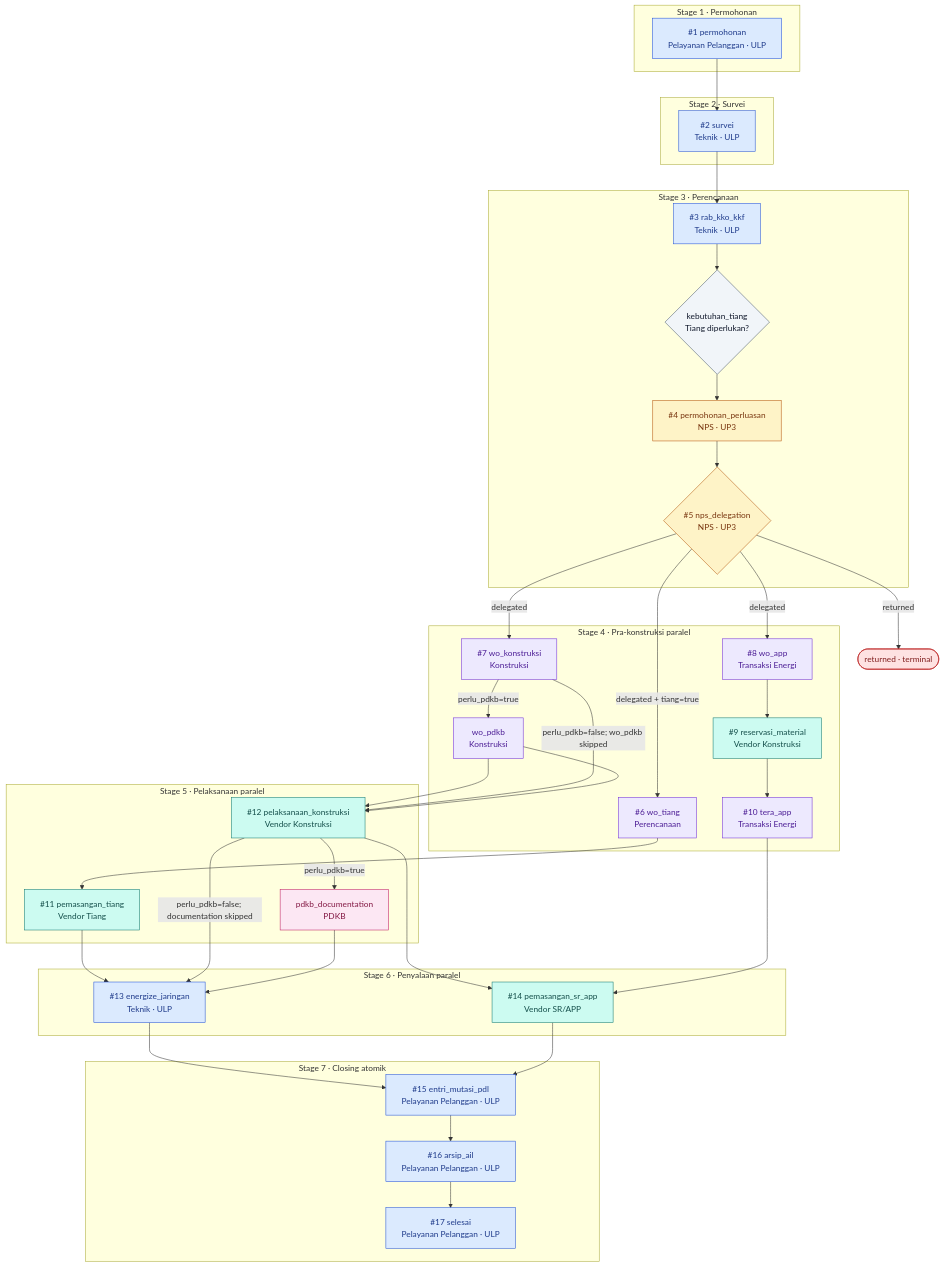
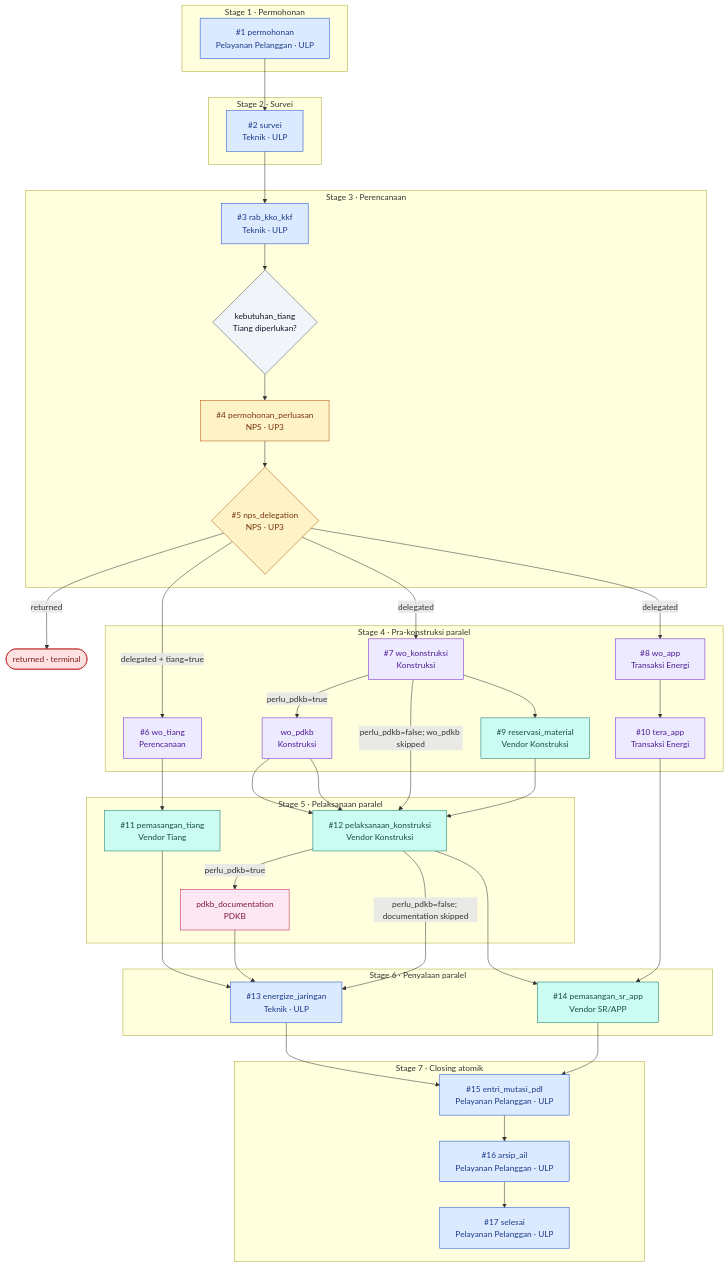
Before and after one commit to pln-colabora/colabora-be: the diagram in docs/architecture/diagrams/01-workflow-jtr-jtm.md, drawn with Mermaid. The commit also changed 14 other files, not shown here.

````diff
--- a/docs/architecture/diagrams/01-workflow-jtr-jtm.md
+++ b/docs/architecture/diagrams/01-workflow-jtr-jtm.md
@@ -9,75 +9,76 @@
 ```mermaid
 flowchart TD
   classDef ulp fill:#dbeafe,stroke:#1d4ed8,color:#1e3a8a
   classDef up3 fill:#ede9fe,stroke:#6d28d9,color:#4c1d95
   classDef nps fill:#fef3c7,stroke:#b45309,color:#78350f
   classDef vendor fill:#ccfbf1,stroke:#0f766e,color:#134e4a
   classDef pdkb fill:#fce7f3,stroke:#be185d,color:#831843
   classDef decision fill:#f1f5f9,stroke:#475569,color:#0f172a
   classDef terminal fill:#fee2e2,stroke:#b91c1c,color:#7f1d1d
 
   subgraph S1["Stage 1 · Permohonan"]
     permohonan["#1 permohonan<br/>Pelayanan Pelanggan · ULP"]
   end
   subgraph S2["Stage 2 · Survei"]
     survei["#2 survei<br/>Teknik · ULP"]
   end
   subgraph S3["Stage 3 · Perencanaan"]
     rab_kko_kkf["#3 rab_kko_kkf<br/>Teknik · ULP"]
     kebutuhan_tiang{"kebutuhan_tiang<br/>Tiang diperlukan?"}
     permohonan_perluasan["#4 permohonan_perluasan<br/>NPS · UP3"]
     nps_delegation{"#5 nps_delegation<br/>NPS · UP3"}
   end
   subgraph S4["Stage 4 · Pra-konstruksi paralel"]
     wo_tiang["#6 wo_tiang<br/>Perencanaan"]
     wo_konstruksi["#7 wo_konstruksi<br/>Konstruksi"]
     wo_pdkb["wo_pdkb<br/>Konstruksi"]
     wo_app["#8 wo_app<br/>Transaksi Energi"]
     reservasi_material["#9 reservasi_material<br/>Vendor Konstruksi"]
     tera_app["#10 tera_app<br/>Transaksi Energi"]
   end
   subgraph S5["Stage 5 · Pelaksanaan paralel"]
     pemasangan_tiang["#11 pemasangan_tiang<br/>Vendor Tiang"]
     pelaksanaan_konstruksi["#12 pelaksanaan_konstruksi<br/>Vendor Konstruksi"]
     pdkb_documentation["pdkb_documentation<br/>PDKB"]
   end
   subgraph S6["Stage 6 · Penyalaan paralel"]
     energize_jaringan["#13 energize_jaringan<br/>Teknik · ULP"]
     pemasangan_sr_app["#14 pemasangan_sr_app<br/>Vendor SR/APP"]
   end
   subgraph S7["Stage 7 · Closing atomik"]
     entri_mutasi_pdl["#15 entri_mutasi_pdl<br/>Pelayanan Pelanggan · ULP"]
     arsip_ail["#16 arsip_ail<br/>Pelayanan Pelanggan · ULP"]
     selesai["#17 selesai<br/>Pelayanan Pelanggan · ULP"]
   end
   returned(["returned · terminal"])
 
   permohonan --> survei --> rab_kko_kkf --> kebutuhan_tiang --> permohonan_perluasan --> nps_delegation
   nps_delegation -->|returned| returned
   nps_delegation -->|delegated + tiang=true| wo_tiang
   nps_delegation -->|delegated| wo_konstruksi
   nps_delegation -->|delegated| wo_app
   wo_tiang --> pemasangan_tiang
   wo_konstruksi -->|perlu_pdkb=true| wo_pdkb --> pelaksanaan_konstruksi
   wo_konstruksi -->|perlu_pdkb=false; wo_pdkb skipped| pelaksanaan_konstruksi
   wo_pdkb --> pelaksanaan_konstruksi
-  wo_app --> reservasi_material --> tera_app
+  wo_konstruksi --> reservasi_material --> pelaksanaan_konstruksi
+  wo_app --> tera_app
   pemasangan_tiang --> energize_jaringan
   pelaksanaan_konstruksi -->|perlu_pdkb=true| pdkb_documentation
   pelaksanaan_konstruksi -->|perlu_pdkb=false; documentation skipped| energize_jaringan
   pdkb_documentation --> energize_jaringan
   pelaksanaan_konstruksi --> pemasangan_sr_app
   tera_app --> pemasangan_sr_app
   energize_jaringan --> entri_mutasi_pdl
   pemasangan_sr_app --> entri_mutasi_pdl
   entri_mutasi_pdl --> arsip_ail --> selesai
 
   class permohonan,survei,rab_kko_kkf,energize_jaringan,entri_mutasi_pdl,arsip_ail,selesai ulp
   class wo_tiang,wo_konstruksi,wo_pdkb,wo_app,tera_app up3
   class reservasi_material vendor
   class permohonan_perluasan,nps_delegation nps
   class pemasangan_tiang,pelaksanaan_konstruksi,pemasangan_sr_app vendor
   class pdkb_documentation pdkb
   class kebutuhan_tiang decision
   class returned terminal
 ```
````
